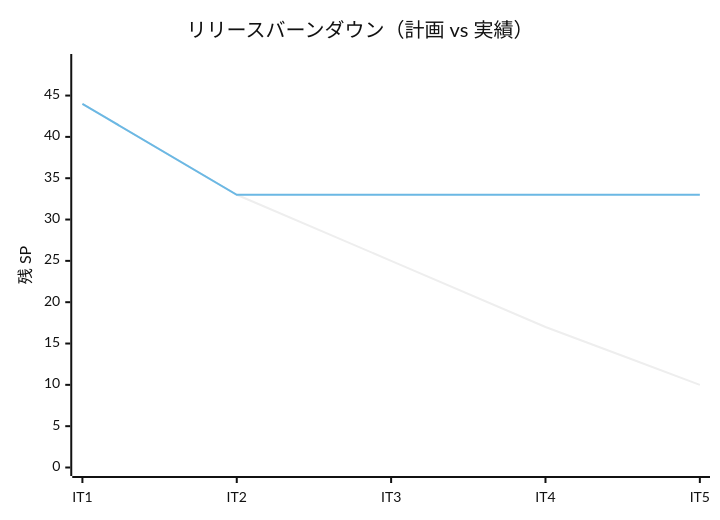
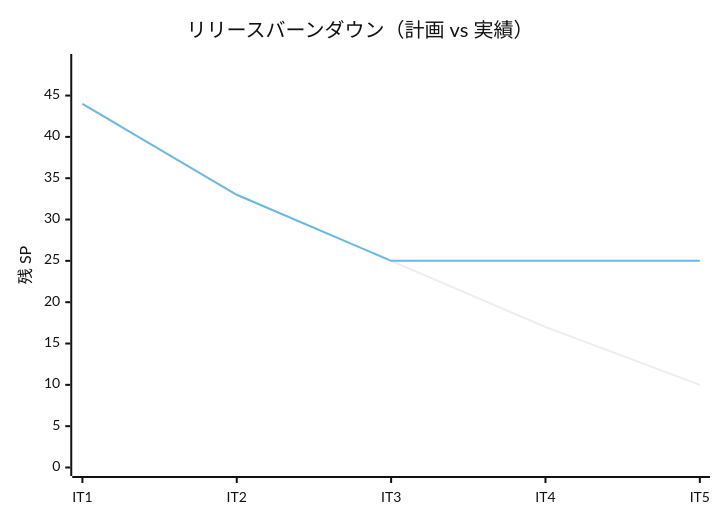
Before and after one commit to k2works/case-study-sdd-development: the third of 3 diagrams in docs/development/release_plan.md, drawn with Mermaid (neutral theme). The commit also changed other lines of this file and 1 other file, not shown here.

````diff
--- a/docs/development/release_plan.md
+++ b/docs/development/release_plan.md
@@ -326,8 +328,8 @@
 ```mermaid
 xychart-beta
     title "リリースバーンダウン（計画 vs 実績）"
     x-axis [IT1, IT2, IT3, IT4, IT5]
     y-axis "残 SP" 0 --> 49
     line "計画" [44, 33, 25, 17, 10]
-    line "実績" [44, 33, 33, 33, 33]
+    line "実績" [44, 33, 25, 25, 25]
 ```
````
